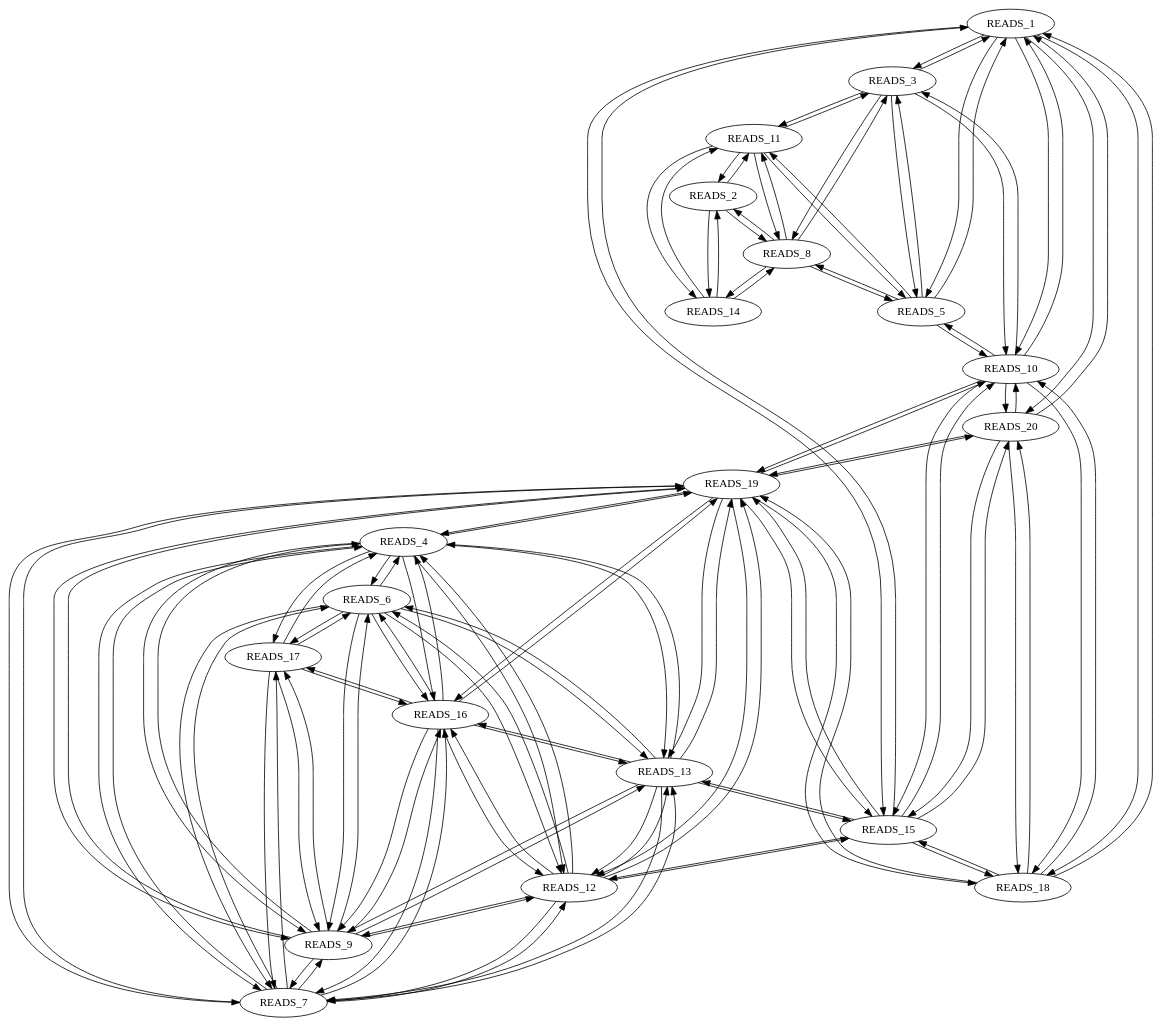
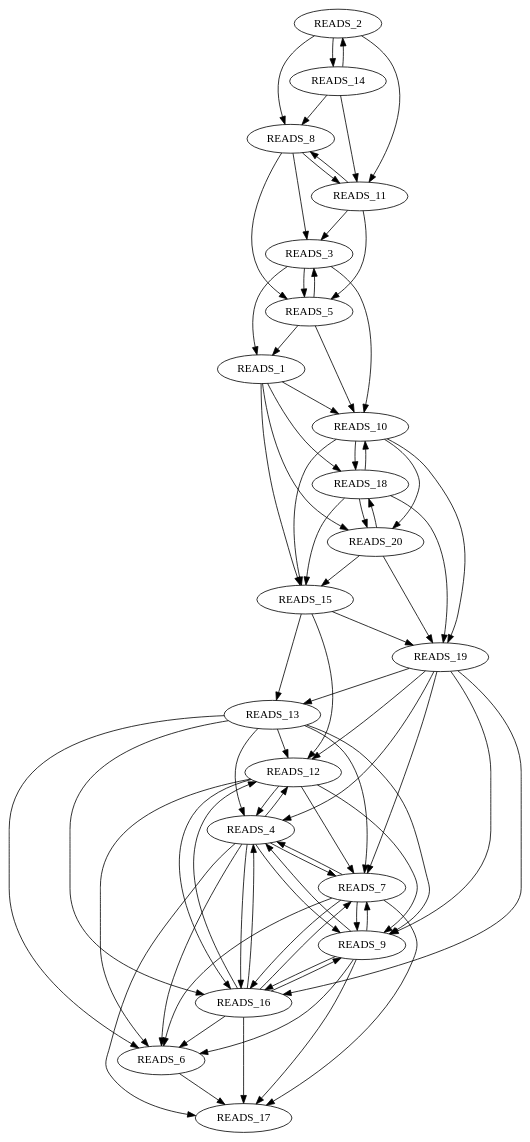
Before and after one commit to Arw4n/IFT3295_TP1: the diagram in ressources/squelette/graphe.dot, drawn with Graphviz. The commit also changed 3 other files, not shown here.

Commit message:
fragment, graphe, overlap matrice corrigés

```diff
--- a/ressources/squelette/graphe.dot
+++ b/ressources/squelette/graphe.dot
@@ -1,148 +1,98 @@
 strict digraph {
 READS_1;
 READS_2;
 READS_3;
 READS_4;
 READS_5;
 READS_6;
 READS_7;
 READS_8;
 READS_9;
 READS_10;
 READS_11;
 READS_12;
 READS_13;
 READS_14;
 READS_15;
 READS_16;
 READS_17;
 READS_18;
 READS_19;
 READS_20;
-READS_1 -> READS_3 [poids=396];
-READS_1 -> READS_5 [poids=500];
 READS_1 -> READS_10 [poids=804];
 READS_1 -> READS_15 [poids=396];
 READS_1 -> READS_18 [poids=652];
 READS_1 -> READS_20 [poids=608];
 READS_2 -> READS_8 [poids=416];
 READS_2 -> READS_11 [poids=424];
 READS_2 -> READS_14 [poids=1060];
 READS_3 -> READS_1 [poids=396];
 READS_3 -> READS_5 [poids=1016];
-READS_3 -> READS_8 [poids=644];
 READS_3 -> READS_10 [poids=128];
-READS_3 -> READS_11 [poids=620];
 READS_4 -> READS_6 [poids=640];
 READS_4 -> READS_7 [poids=1024];
 READS_4 -> READS_9 [poids=1068];
-READS_4 -> READS_12 [poids=900];
-READS_4 -> READS_13 [poids=744];
-READS_4 -> READS_16 [poids=1032];
+READS_4 -> READS_12 [poids=220];
+READS_4 -> READS_16 [poids=656];
 READS_4 -> READS_17 [poids=152];
-READS_4 -> READS_19 [poids=388];
 READS_5 -> READS_1 [poids=500];
-READS_5 -> READS_3 [poids=1016];
-READS_5 -> READS_8 [poids=540];
+READS_5 -> READS_3 [poids=696];
 READS_5 -> READS_10 [poids=208];
-READS_5 -> READS_11 [poids=524];
-READS_6 -> READS_4 [poids=640];
-READS_6 -> READS_7 [poids=720];
-READS_6 -> READS_9 [poids=668];
-READS_6 -> READS_12 [poids=460];
-READS_6 -> READS_13 [poids=272];
-READS_6 -> READS_16 [poids=552];
 READS_6 -> READS_17 [poids=672];
-READS_7 -> READS_4 [poids=1024];
+READS_7 -> READS_4 [poids=648];
 READS_7 -> READS_6 [poids=720];
-READS_7 -> READS_9 [poids=1044];
-READS_7 -> READS_12 [poids=820];
-READS_7 -> READS_13 [poids=656];
-READS_7 -> READS_16 [poids=944];
+READS_7 -> READS_9 [poids=772];
+READS_7 -> READS_16 [poids=176];
 READS_7 -> READS_17 [poids=232];
-READS_7 -> READS_19 [poids=316];
-READS_8 -> READS_2 [poids=416];
 READS_8 -> READS_3 [poids=644];
 READS_8 -> READS_5 [poids=540];
-READS_8 -> READS_11 [poids=1072];
-READS_8 -> READS_14 [poids=452];
-READS_9 -> READS_4 [poids=1068];
+READS_8 -> READS_11 [poids=944];
+READS_9 -> READS_4 [poids=956];
 READS_9 -> READS_6 [poids=668];
 READS_9 -> READS_7 [poids=1044];
-READS_9 -> READS_12 [poids=856];
-READS_9 -> READS_13 [poids=692];
-READS_9 -> READS_16 [poids=988];
+READS_9 -> READS_16 [poids=492];
 READS_9 -> READS_17 [poids=196];
-READS_9 -> READS_19 [poids=368];
-READS_10 -> READS_1 [poids=804];
-READS_10 -> READS_3 [poids=128];
-READS_10 -> READS_5 [poids=208];
 READS_10 -> READS_15 [poids=640];
 READS_10 -> READS_18 [poids=904];
 READS_10 -> READS_19 [poids=184];
 READS_10 -> READS_20 [poids=868];
-READS_11 -> READS_2 [poids=424];
 READS_11 -> READS_3 [poids=620];
 READS_11 -> READS_5 [poids=524];
 READS_11 -> READS_8 [poids=1072];
-READS_11 -> READS_14 [poids=492];
 READS_12 -> READS_4 [poids=900];
 READS_12 -> READS_6 [poids=460];
 READS_12 -> READS_7 [poids=820];
 READS_12 -> READS_9 [poids=856];
-READS_12 -> READS_13 [poids=860];
-READS_12 -> READS_15 [poids=80];
 READS_12 -> READS_16 [poids=996];
-READS_12 -> READS_19 [poids=520];
 READS_13 -> READS_4 [poids=744];
 READS_13 -> READS_6 [poids=272];
 READS_13 -> READS_7 [poids=656];
 READS_13 -> READS_9 [poids=692];
 READS_13 -> READS_12 [poids=860];
-READS_13 -> READS_15 [poids=260];
 READS_13 -> READS_16 [poids=848];
-READS_13 -> READS_19 [poids=732];
-READS_14 -> READS_2 [poids=1060];
+READS_14 -> READS_2 [poids=756];
 READS_14 -> READS_8 [poids=452];
 READS_14 -> READS_11 [poids=492];
-READS_15 -> READS_1 [poids=396];
-READS_15 -> READS_10 [poids=640];
 READS_15 -> READS_12 [poids=80];
 READS_15 -> READS_13 [poids=260];
-READS_15 -> READS_18 [poids=808];
 READS_15 -> READS_19 [poids=632];
-READS_15 -> READS_20 [poids=908];
 READS_16 -> READS_4 [poids=1032];
 READS_16 -> READS_6 [poids=552];
 READS_16 -> READS_7 [poids=944];
 READS_16 -> READS_9 [poids=988];
-READS_16 -> READS_12 [poids=996];
-READS_16 -> READS_13 [poids=848];
+READS_16 -> READS_12 [poids=692];
 READS_16 -> READS_17 [poids=80];
-READS_16 -> READS_19 [poids=492];
-READS_17 -> READS_4 [poids=152];
-READS_17 -> READS_6 [poids=672];
-READS_17 -> READS_7 [poids=232];
-READS_17 -> READS_9 [poids=196];
-READS_17 -> READS_16 [poids=80];
-READS_18 -> READS_1 [poids=652];
-READS_18 -> READS_10 [poids=904];
+READS_18 -> READS_10 [poids=240];
 READS_18 -> READS_15 [poids=808];
 READS_18 -> READS_19 [poids=368];
 READS_18 -> READS_20 [poids=1004];
 READS_19 -> READS_4 [poids=388];
 READS_19 -> READS_7 [poids=316];
 READS_19 -> READS_9 [poids=368];
-READS_19 -> READS_10 [poids=184];
 READS_19 -> READS_12 [poids=520];
 READS_19 -> READS_13 [poids=732];
-READS_19 -> READS_15 [poids=632];
 READS_19 -> READS_16 [poids=492];
-READS_19 -> READS_18 [poids=368];
-READS_19 -> READS_20 [poids=428];
-READS_20 -> READS_1 [poids=608];
-READS_20 -> READS_10 [poids=868];
 READS_20 -> READS_15 [poids=908];
-READS_20 -> READS_18 [poids=1004];
+READS_20 -> READS_18 [poids=644];
 READS_20 -> READS_19 [poids=428];
 }
```
